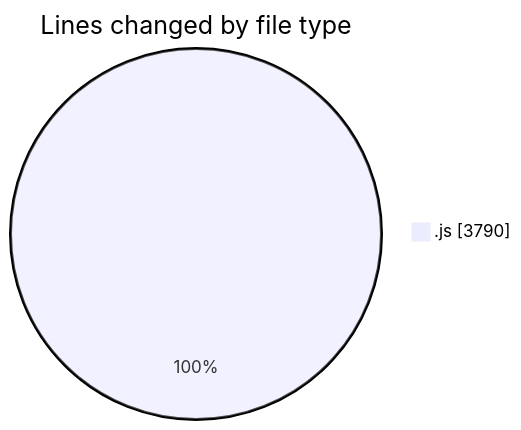
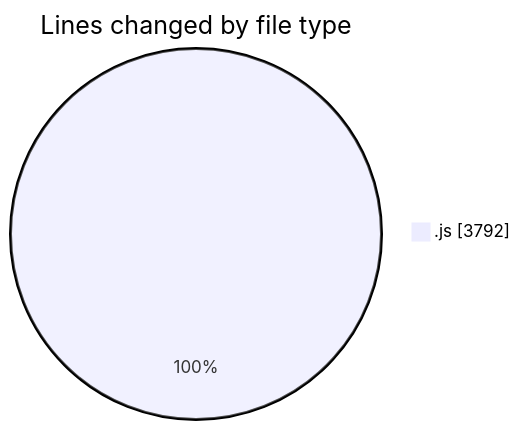
The first of 2 diagrams in 2025-12-12/nxtqube_webapp/README.md (nxtqubesakshisongat/code-tracking), drawn with Mermaid before and after one commit. The commit also changed other lines of this file and 1 other file, not shown here.

````diff
--- a/2025-12-12/nxtqube_webapp/README.md
+++ b/2025-12-12/nxtqube_webapp/README.md
@@ -21,5 +21,5 @@
 ```mermaid
 pie showData
 title Lines changed by file type
-".js" : 3790
+".js" : 3792
 ```
````
